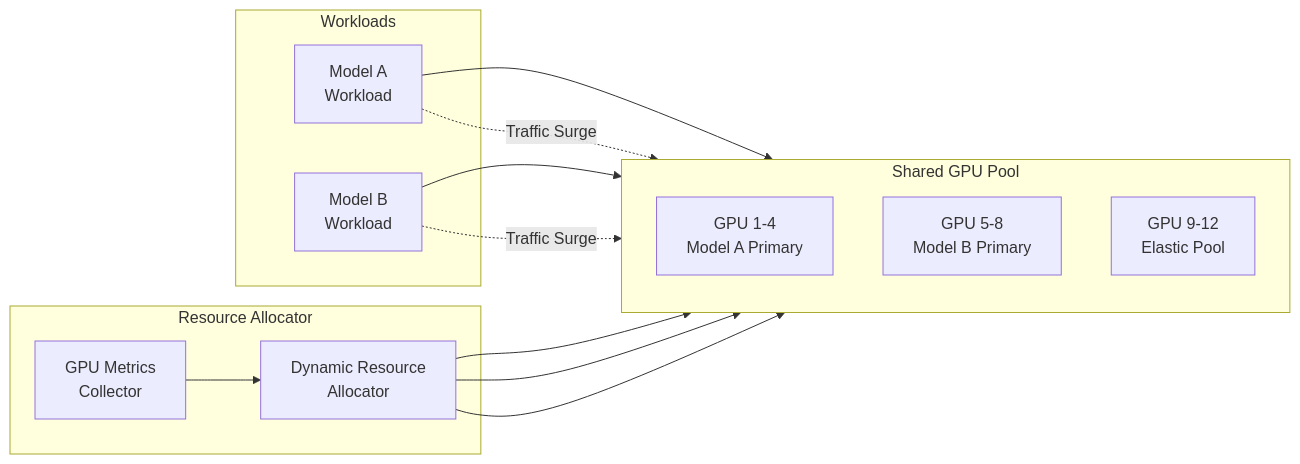
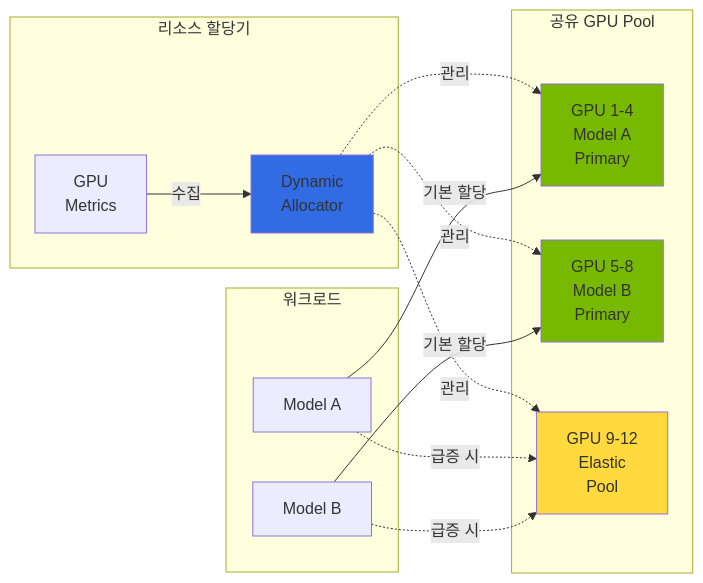
Before and after one commit to devfloor9/engineering-playbook: the second of 6 diagrams in docs/agentic-ai-platform/model-serving/gpu-resource-management.md, drawn with Mermaid. The commit also changed other lines of this file and 24 other files, not shown here.

````diff
--- a/docs/agentic-ai-platform/model-serving/gpu-resource-management.md
+++ b/docs/agentic-ai-platform/model-serving/gpu-resource-management.md
@@ -195,26 +196,32 @@
 ```mermaid
 flowchart LR
-    subgraph "Shared GPU Pool"
-        direction TB
-        GPU1[GPU 1-4<br/>Model A Primary]
-        GPU2[GPU 5-8<br/>Model B Primary]
-        GPU3[GPU 9-12<br/>Elastic Pool]
+    subgraph Pool["공유 GPU Pool"]
+        GPU1[GPU 1-4<br/>Model A<br/>Primary]
+        GPU2[GPU 5-8<br/>Model B<br/>Primary]
+        GPU3[GPU 9-12<br/>Elastic<br/>Pool]
     end
 
-    subgraph "Resource Allocator"
-        RA[Dynamic Resource<br/>Allocator]
-        METRICS[GPU Metrics<br/>Collector]
+    subgraph Allocator["리소스 할당기"]
+        RA[Dynamic<br/>Allocator]
+        METRICS[GPU<br/>Metrics]
     end
 
-    subgraph "Workloads"
-        WA[Model A<br/>Workload]
-        WB[Model B<br/>Workload]
+    subgraph Work["워크로드"]
+        WA[Model A]
+        WB[Model B]
     end
 
-    METRICS --> RA
-    RA --> GPU1 & GPU2 & GPU3
-    WA --> GPU1
-    WB --> GPU2
-    WA -.->|Traffic Surge| GPU3
-    WB -.->|Traffic Surge| GPU3
+    METRICS -->|수집| RA
+    RA -.->|관리| GPU1
+    RA -.->|관리| GPU2
+    RA -.->|관리| GPU3
+    WA -->|기본 할당| GPU1
+    WB -->|기본 할당| GPU2
+    WA -.->|급증 시| GPU3
+    WB -.->|급증 시| GPU3
+
+    style GPU1 fill:#76b900
+    style GPU2 fill:#76b900
+    style GPU3 fill:#ffd93d
+    style RA fill:#326ce5
 ```
````
